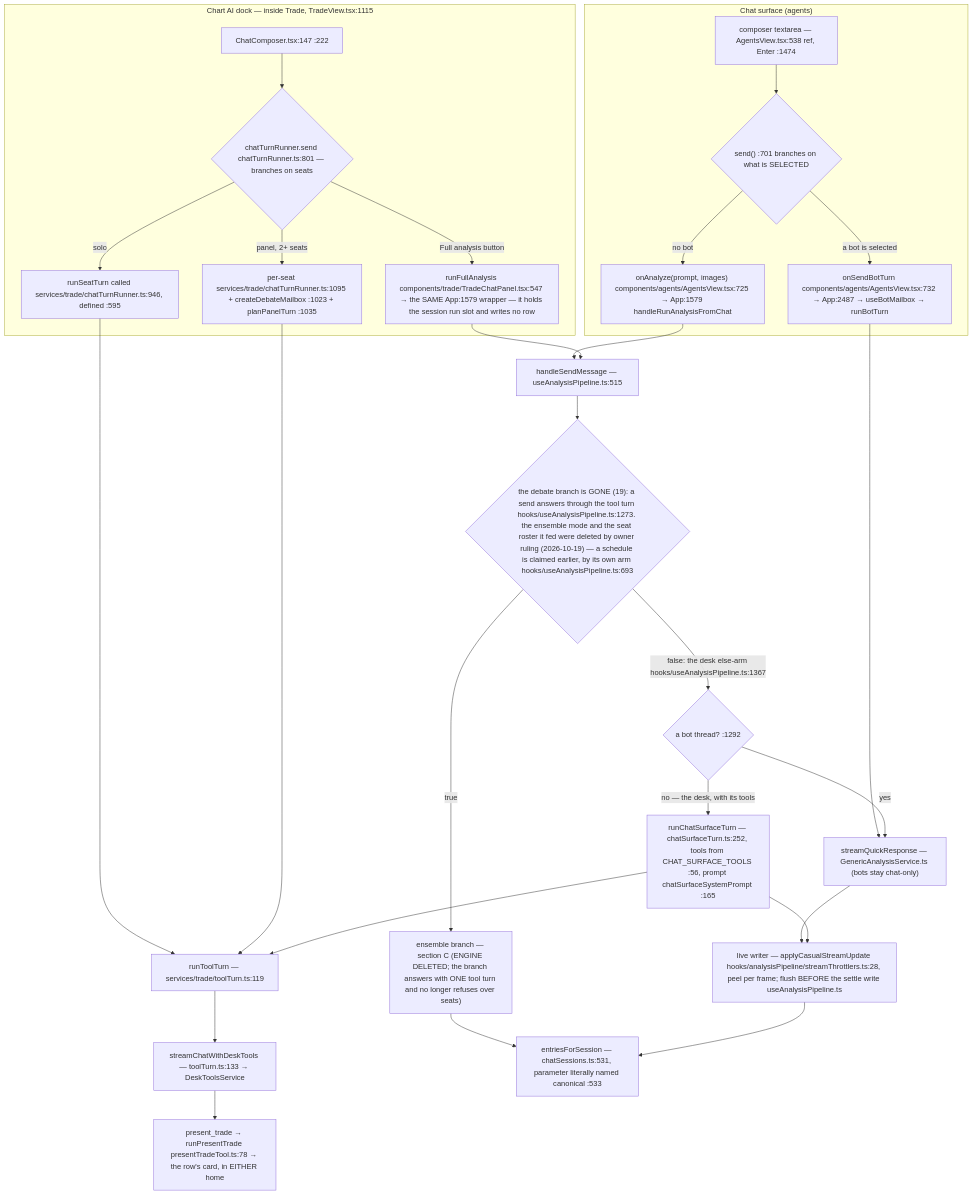
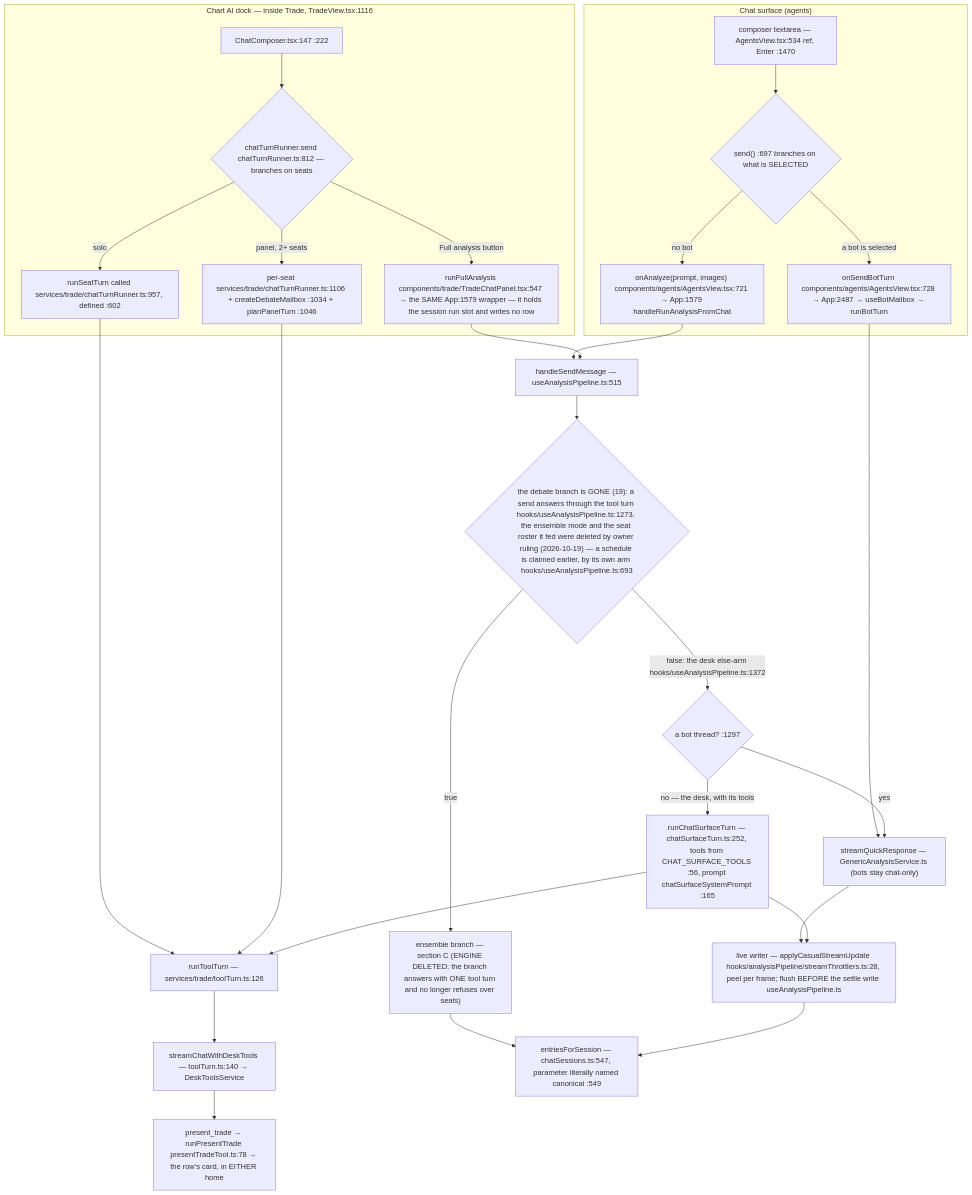
The second of 7 diagrams in docs/app-flow.md (Acepay25/august-3.5), drawn with Mermaid before and after one commit. The commit also changed other lines of this file and 23 other files, not shown here.

````diff
--- a/docs/app-flow.md
+++ b/docs/app-flow.md
@@ -61,31 +61,31 @@
 ```mermaid
 flowchart TD
     subgraph CHAT["Chat surface (agents)"]
-        CB["composer textarea — AgentsView.tsx:538 ref, Enter :1474"] --> D1{"send() :701 branches on what is SELECTED"}
-        D1 -->|a bot is selected| BOT["onSendBotTurn components/agents/AgentsView.tsx:732 → App:2487 → useBotMailbox → runBotTurn"]
-        D1 -->|no bot| AN["onAnalyze(prompt, images) components/agents/AgentsView.tsx:725 → App:1579 handleRunAnalysisFromChat"]
+        CB["composer textarea — AgentsView.tsx:534 ref, Enter :1470"] --> D1{"send() :697 branches on what is SELECTED"}
+        D1 -->|a bot is selected| BOT["onSendBotTurn components/agents/AgentsView.tsx:728 → App:2487 → useBotMailbox → runBotTurn"]
+        D1 -->|no bot| AN["onAnalyze(prompt, images) components/agents/AgentsView.tsx:721 → App:1579 handleRunAnalysisFromChat"]
     end
-    subgraph DOCK["Chart AI dock — inside Trade, TradeView.tsx:1115"]
-        DC["ChatComposer.tsx:147 :222"] --> D2{"chatTurnRunner.send chatTurnRunner.ts:801 — branches on seats"}
-        D2 -->|solo| SO["runSeatTurn called services/trade/chatTurnRunner.ts:946, defined :595"]
-        D2 -->|panel, 2+ seats| PN["per-seat services/trade/chatTurnRunner.ts:1095 + createDebateMailbox :1023 + planPanelTurn :1035"]
+    subgraph DOCK["Chart AI dock — inside Trade, TradeView.tsx:1116"]
+        DC["ChatComposer.tsx:147 :222"] --> D2{"chatTurnRunner.send chatTurnRunner.ts:812 — branches on seats"}
+        D2 -->|solo| SO["runSeatTurn called services/trade/chatTurnRunner.ts:957, defined :602"]
+        D2 -->|panel, 2+ seats| PN["per-seat services/trade/chatTurnRunner.ts:1106 + createDebateMailbox :1034 + planPanelTurn :1046"]
         D2 -->|Full analysis button| FA["runFullAnalysis components/trade/TradeChatPanel.tsx:547 → the SAME App:1579 wrapper — it holds the session run slot and writes no row"]
     end
-    SO --> TT["runToolTurn — services/trade/toolTurn.ts:119"]
+    SO --> TT["runToolTurn — services/trade/toolTurn.ts:126"]
     PN --> TT
-    TT --> SCDT["streamChatWithDeskTools — toolTurn.ts:133 → DeskToolsService"]
+    TT --> SCDT["streamChatWithDeskTools — toolTurn.ts:140 → DeskToolsService"]
     BOT --> TR["streamQuickResponse — GenericAnalysisService.ts (bots stay chat-only)"]
     AN --> HSM["handleSendMessage — useAnalysisPipeline.ts:515"]
     FA --> HSM
     HSM --> D3{"the debate branch is GONE (19): a send answers through the tool turn hooks/useAnalysisPipeline.ts:1273. the ensemble mode and the seat roster it fed were deleted by owner ruling (2026-10-19) — a schedule is claimed earlier, by its own arm hooks/useAnalysisPipeline.ts:693"}
     D3 -->|true| ENS["ensemble branch — section C (ENGINE DELETED; the branch answers with ONE tool turn and no longer refuses over seats)"]
-    D3 -->|false: the desk else-arm hooks/useAnalysisPipeline.ts:1367| SPLIT{"a bot thread? :1292"}
+    D3 -->|false: the desk else-arm hooks/useAnalysisPipeline.ts:1372| SPLIT{"a bot thread? :1297"}
     SPLIT -->|yes| TR
     SPLIT -->|no — the desk, with its tools| CST["runChatSurfaceTurn — chatSurfaceTurn.ts:252, tools from CHAT_SURFACE_TOOLS :56, prompt chatSurfaceSystemPrompt :165"]
     CST --> TT
     TR --> LW["live writer — applyCasualStreamUpdate hooks/analysisPipeline/streamThrottlers.ts:28, peel per frame; flush BEFORE the settle write useAnalysisPipeline.ts"]
     CST --> LW
     ENS --> MERGE
-    LW --> MERGE["entriesForSession — chatSessions.ts:531, parameter literally named canonical :533"]
+    LW --> MERGE["entriesForSession — chatSessions.ts:547, parameter literally named canonical :549"]
     SCDT --> PT["present_trade → runPresentTrade presentTradeTool.ts:78 → the row's card, in EITHER home"]
 ```
````
